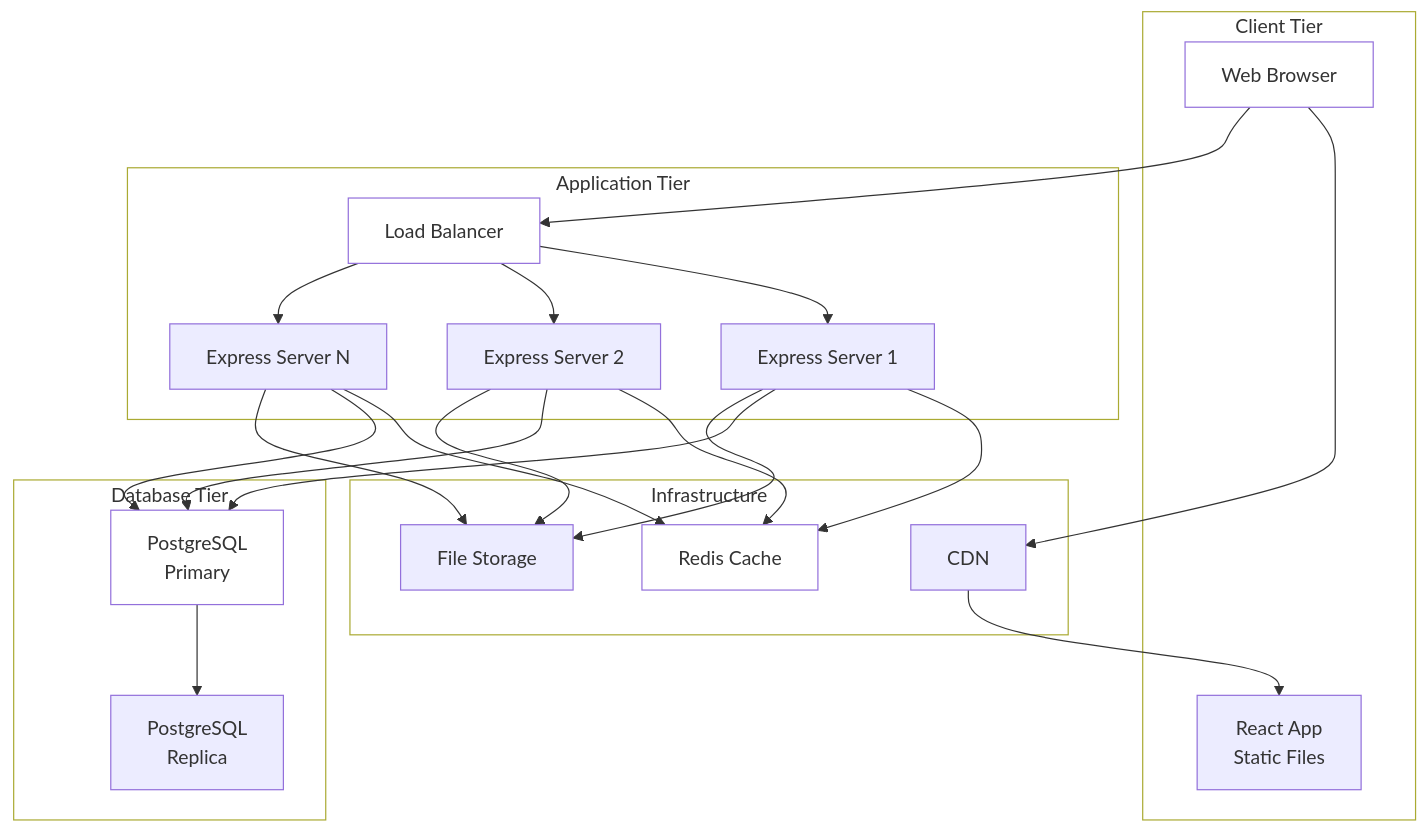
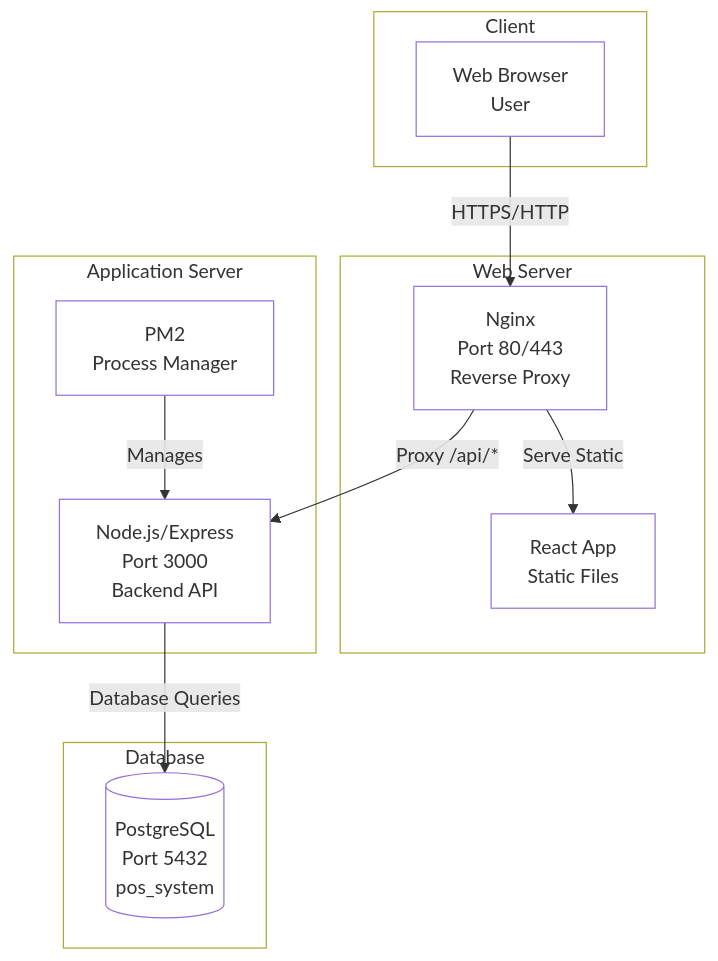
Diagram 17 of 23 in legacy/DIAGRAMS.md (MasterOz786/Re-Engineering-POS), drawn with Mermaid before and after one commit. The commit also changed other lines of this file and 6906 other files, not shown here.

````diff
--- a/legacy/DIAGRAMS.md
+++ b/legacy/DIAGRAMS.md
@@ -1161,55 +1161,37 @@
 ```mermaid
 graph TB
-    subgraph INIT35["Client Tier"]
-        A[Web Browser]
-        B[React App<br/>Static Files]
+    subgraph INIT35["Client"]
+        A[Web Browser<br/>User]
     end
     
-    subgraph INIT36["Application Tier"]
-        C[Load Balancer]
-        D[Express Server 1]
-        E[Express Server 2]
-        F[Express Server N]
+    subgraph INIT36["Web Server"]
+        B[Nginx<br/>Port 80/443<br/>Reverse Proxy]
+        C[React App<br/>Static Files]
     end
     
-    subgraph INIT37["Database Tier"]
-        G[PostgreSQL<br/>Primary]
-        H[PostgreSQL<br/>Replica]
+    subgraph INIT37["Application Server"]
+        D[PM2<br/>Process Manager]
+        E[Node.js/Express<br/>Port 3000<br/>Backend API]
     end
     
-    subgraph INIT38["Infrastructure"]
-        I[CDN]
-        J[Redis Cache]
-        K[File Storage]
+    subgraph INIT38["Database"]
+        F[(PostgreSQL<br/>Port 5432<br/>pos_system)]
     end
     
-    A --> I
-    I --> B
-    A --> C
-    C --> D
-    C --> E
-    C --> F
-    
-    D --> J
-    E --> J
-    F --> J
-    
-    D --> G
-    E --> G
-    F --> G
-    
-    G --> H
-    
-    D --> K
-    E --> K
-    F --> K
+    A -->|HTTPS/HTTP| B
+    B -->|Serve Static| C
+    B -->|Proxy /api/*| E
+    D -->|Manages| E
+    E -->|Database Queries| F
     
     style A fill:#ffffff
+    style B fill:#ffffff
     style C fill:#ffffff
-    style G fill:#ffffff
-    style J fill:#ffffff
+    style D fill:#ffffff
+    style E fill:#ffffff
+    style F fill:#ffffff
     style INIT35 fill:#ffffff
     style INIT36 fill:#ffffff
     style INIT37 fill:#ffffff
     style INIT38 fill:#ffffff
 ```
````
